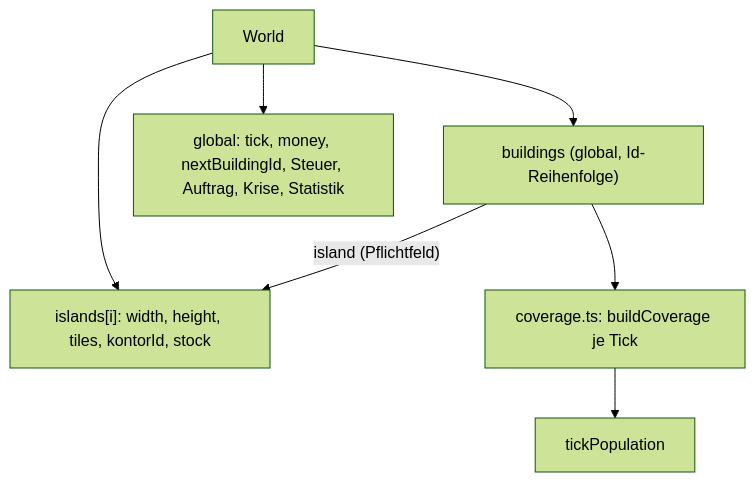
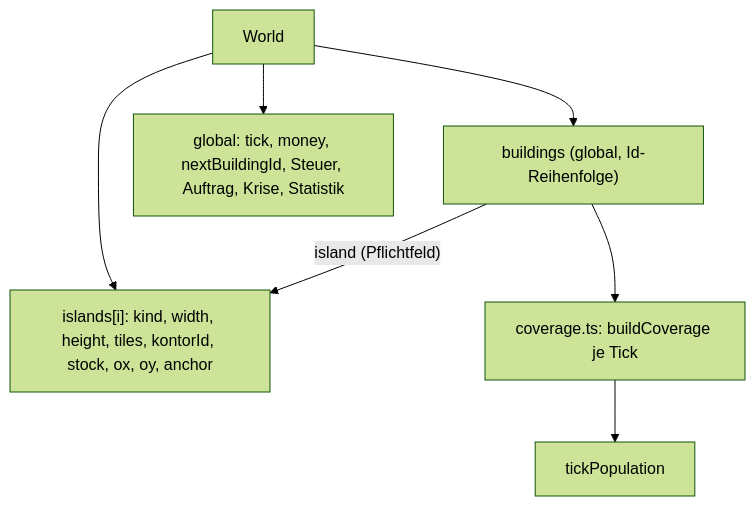
The third of 12 diagrams in docs/arc42.md (konstantinniedermann/Inselreich), drawn with Mermaid (forest theme) before and after one commit. The commit also changed other lines of this file and 2 other files, not shown here.

````diff
--- a/docs/arc42.md
+++ b/docs/arc42.md
@@ -179,9 +181,9 @@
 ```mermaid
 flowchart TB
-  W["World"] --> I["islands[i]: width, height, tiles, kontorId, stock"]
+  W["World"] --> I["islands[i]: kind, width, height, tiles, kontorId, stock, ox, oy, anchor"]
   W --> B["buildings (global, Id-Reihenfolge)"]
   W --> G["global: tick, money, nextBuildingId, Steuer, Auftrag, Krise, Statistik"]
   B -- "island (Pflichtfeld)" --> I
   B --> C["coverage.ts: buildCoverage je Tick"]
   C --> P["tickPopulation"]
 ```
````
